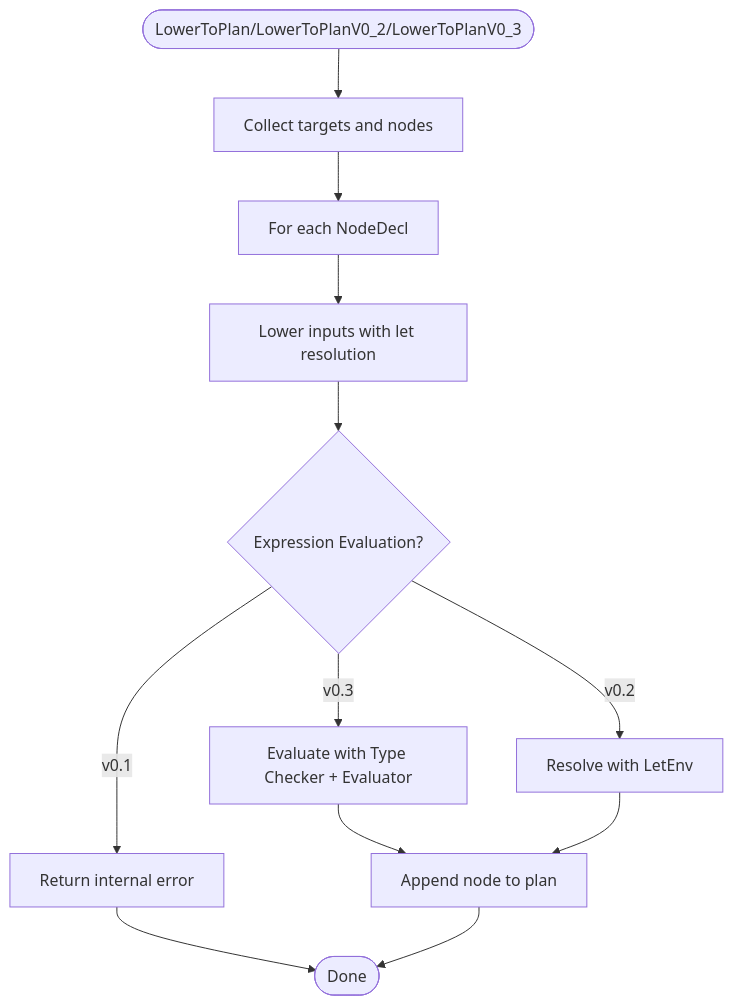
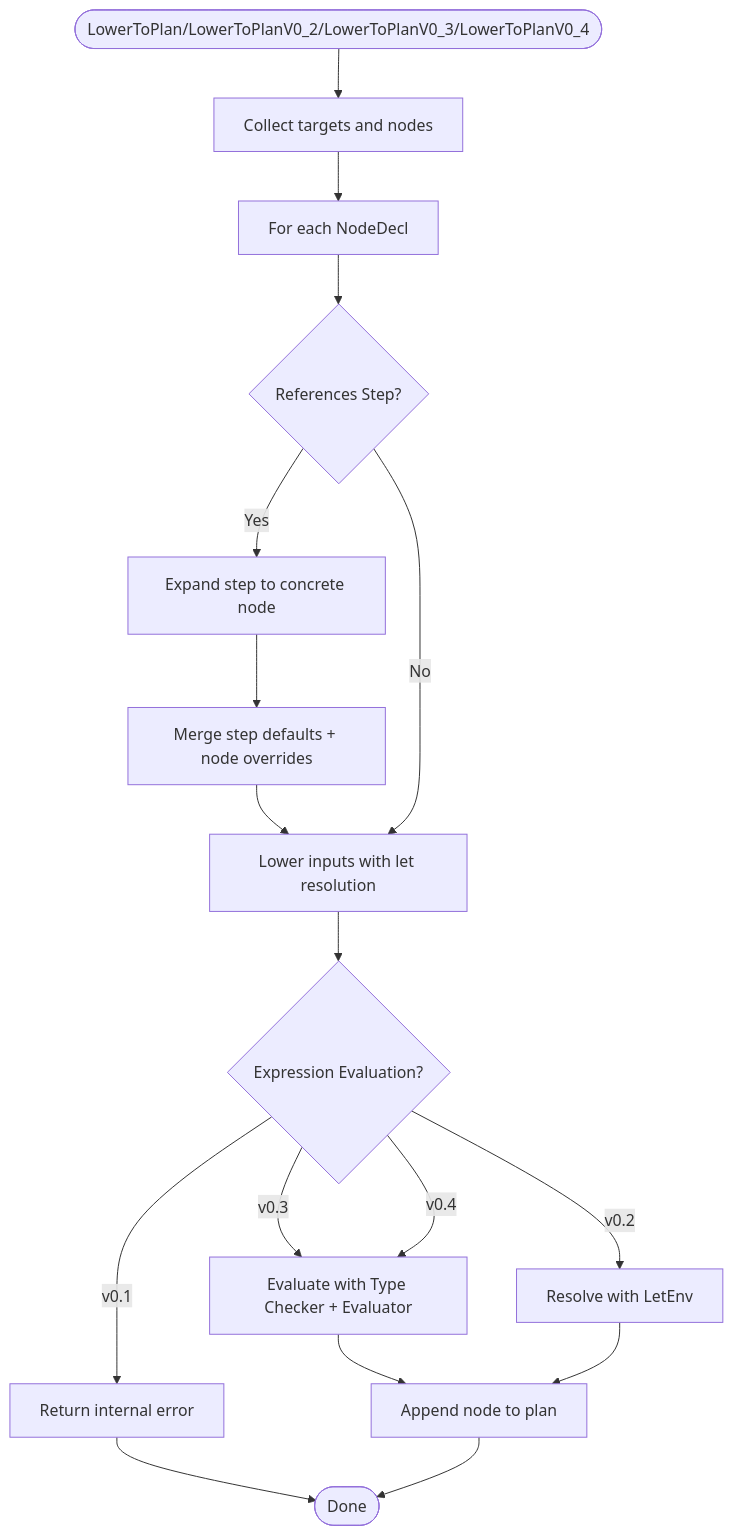
The ninth of 12 diagrams in .qoder/repowiki/en/content/.devops Language Reference/Validation Rules and Constraints.md (ahmednour1430464/dotdevops), drawn with Mermaid before and after one commit. The commit also changed other lines of this file and 3 other files, not shown here.

````diff
--- a/.qoder/repowiki/en/content/.devops Language Reference/Validation Rules and Constraints.md
+++ b/.qoder/repowiki/en/content/.devops Language Reference/Validation Rules and Constraints.md
@@ -420,14 +519,19 @@
 ```mermaid
 flowchart TD
-LStart(["LowerToPlan/LowerToPlanV0_2/LowerToPlanV0_3"]) --> Collect["Collect targets and nodes"]
+LStart(["LowerToPlan/LowerToPlanV0_2/LowerToPlanV0_3/LowerToPlanV0_4"]) --> Collect["Collect targets and nodes"]
 Collect --> ForEachNode["For each NodeDecl"]
-ForEachNode --> LowerInputs["Lower inputs with let resolution"]
+ForEachNode --> CheckStepRef{"References Step?"}
+CheckStepRef --> |Yes| ExpandStep["Expand step to concrete node"]
+ExpandStep --> MergeInputs["Merge step defaults + node overrides"]
+MergeInputs --> LowerInputs["Lower inputs with let resolution"]
+CheckStepRef --> |No| LowerInputs
 LowerInputs --> EvalCheck{"Expression Evaluation?"}
 EvalCheck --> |v0.1| IdentError["Return internal error"]
 EvalCheck --> |v0.2| ResolveLet["Resolve with LetEnv"]
 EvalCheck --> |v0.3| EvalLet["Evaluate with Type Checker + Evaluator"]
+EvalCheck --> |v0.4| EvalLet
 EvalLet --> AppendNode["Append node to plan"]
 ResolveLet --> AppendNode
 IdentError --> LEnd(["Done"])
 AppendNode --> LEnd
 ```
````
